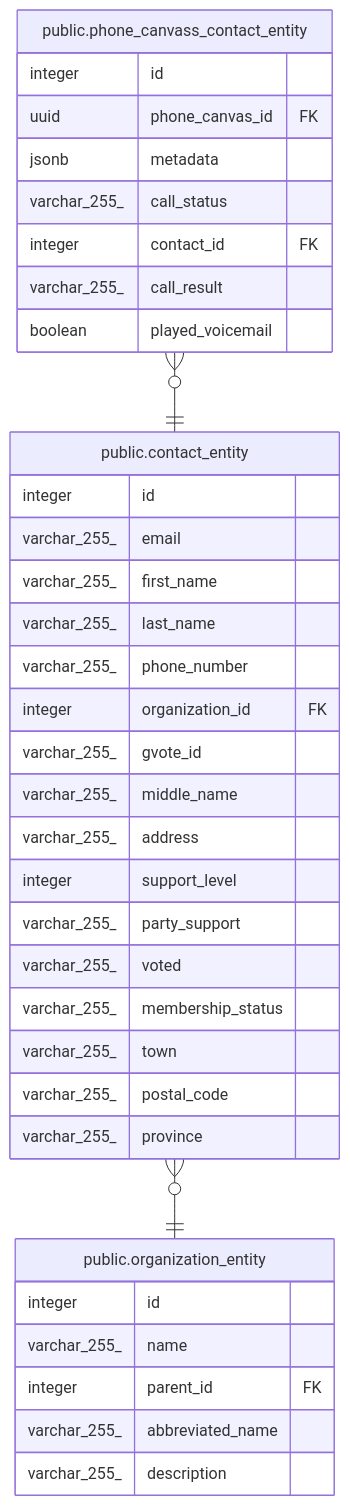
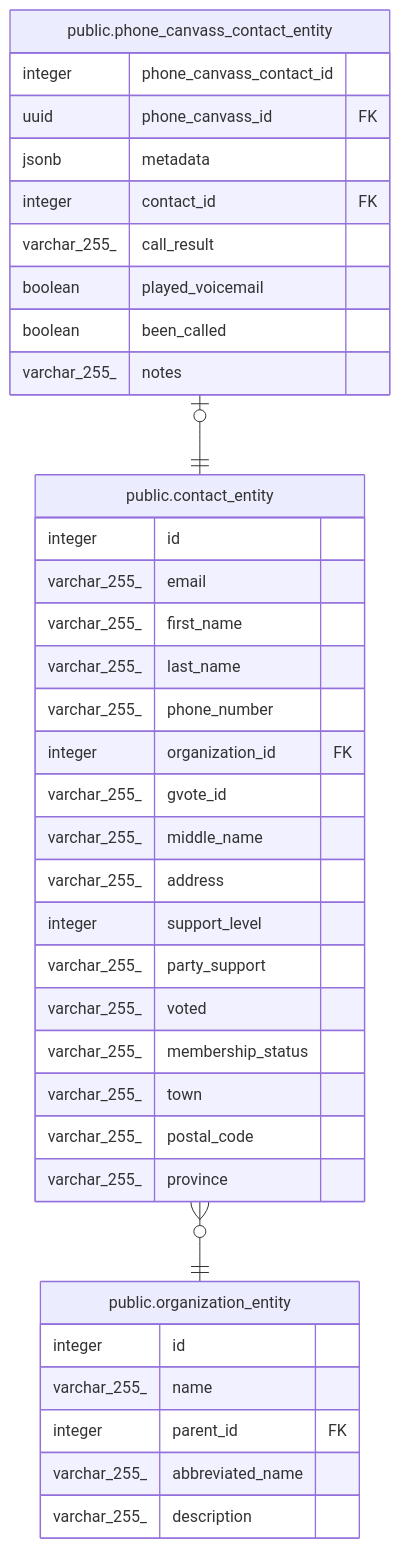
The diagram in doc/schema/public.contact_entity.md (gpo/grassroots), drawn with Mermaid before and after one commit. The commit also changed 6 other files, not shown here.

````diff
--- a/doc/schema/public.contact_entity.md
+++ b/doc/schema/public.contact_entity.md
@@ -47,41 +47,42 @@
 ```mermaid
 erDiagram
 
-"public.phone_canvass_contact_entity" }o--|| "public.contact_entity" : ""
+"public.phone_canvass_contact_entity" |o--|| "public.contact_entity" : ""
 "public.contact_entity" }o--|| "public.organization_entity" : ""
 
 "public.contact_entity" {
   integer id
   varchar_255_ email
   varchar_255_ first_name
   varchar_255_ last_name
   varchar_255_ phone_number
   integer organization_id FK
   varchar_255_ gvote_id
   varchar_255_ middle_name
   varchar_255_ address
   integer support_level
   varchar_255_ party_support
   varchar_255_ voted
   varchar_255_ membership_status
   varchar_255_ town
   varchar_255_ postal_code
   varchar_255_ province
 }
 "public.phone_canvass_contact_entity" {
-  integer id
-  uuid phone_canvas_id FK
+  integer phone_canvass_contact_id
+  uuid phone_canvass_id FK
   jsonb metadata
-  varchar_255_ call_status
   integer contact_id FK
   varchar_255_ call_result
   boolean played_voicemail
+  boolean been_called
+  varchar_255_ notes
 }
 "public.organization_entity" {
   integer id
   varchar_255_ name
   integer parent_id FK
   varchar_255_ abbreviated_name
   varchar_255_ description
 }
 ```
````
